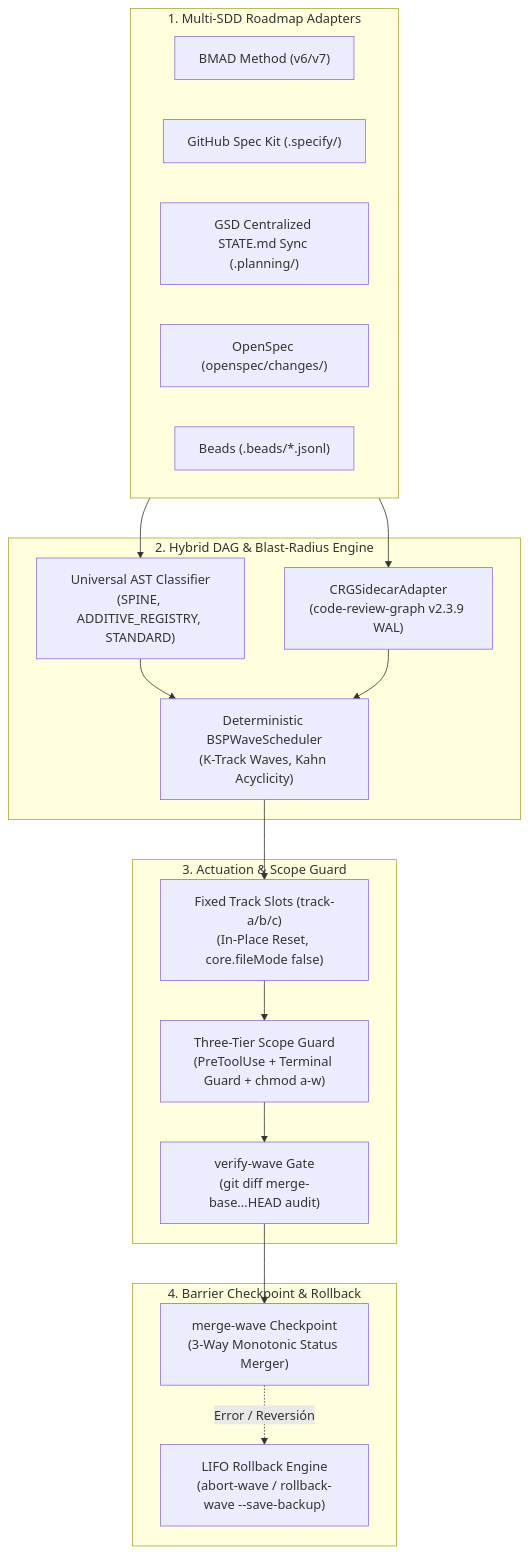
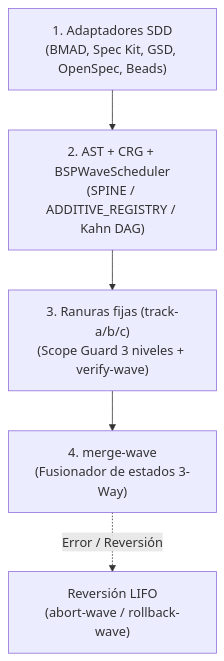
Before and after one commit to stopActingSoSmall/sdd-parallel: the diagram in docs/i18n/es/README.md, drawn with Mermaid. The commit also changed other lines of this file and 8 other files, not shown here.

````diff
--- a/docs/i18n/es/README.md
+++ b/docs/i18n/es/README.md
@@ -589,34 +238,7 @@
 ```mermaid
 flowchart TD
-    subgraph Inputs["1. Multi-SDD Roadmap Adapters"]
-        BMAD["BMAD Method (v6/v7)"]
-        SpecKit["GitHub Spec Kit (.specify/)"]
-        GSD["GSD Centralized STATE.md Sync (.planning/)"]
-        OpenSpec["OpenSpec (openspec/changes/)"]
-        Beads["Beads (.beads/*.jsonl)"]
-    end
-
-    subgraph Engine["2. Hybrid DAG & Blast-Radius Engine"]
-        AST["Universal AST Classifier\n(SPINE, ADDITIVE_REGISTRY, STANDARD)"]
-        CRG["CRGSidecarAdapter\n(code-review-graph v2.3.9 WAL)"]
-        BSP["Deterministic BSPWaveScheduler\n(K-Track Waves, Kahn Acyclicity)"]
-    end
-
-    subgraph Actuation["3. Actuation & Scope Guard"]
-        Slots["Fixed Track Slots (track-a/b/c)\n(In-Place Reset, core.fileMode false)"]
-        Guard["Three-Tier Scope Guard\n(PreToolUse + Terminal Guard + chmod a-w)"]
-        Verify["verify-wave Gate\n(git diff merge-base...HEAD audit)"]
-    end
-
-    subgraph Barrier["4. Barrier Checkpoint & Rollback"]
-        Merge["merge-wave Checkpoint\n(3-Way Monotonic Status Merger)"]
-        Rollback["LIFO Rollback Engine\n(abort-wave / rollback-wave --save-backup)"]
-    end
-
-    Inputs --> AST & CRG
-    AST & CRG --> BSP
-    BSP --> Slots
-    Slots --> Guard --> Verify
-    Verify --> Merge
-    Merge -. Error / Reversión .-> Rollback
+    Inputs["1. Adaptadores SDD\n(BMAD, Spec Kit, GSD, OpenSpec, Beads)"] --> Engine["2. AST + CRG + BSPWaveScheduler\n(SPINE / ADDITIVE_REGISTRY / Kahn DAG)"]
+    Engine --> Actuation["3. Ranuras fijas (track-a/b/c)\n(Scope Guard 3 niveles + verify-wave)"]
+    Actuation --> Barrier["4. merge-wave\n(Fusionador de estados 3-Way)"]
+    Barrier -. Error / Reversión .-> Rollback["Reversión LIFO\n(abort-wave / rollback-wave)"]
 ```
````
